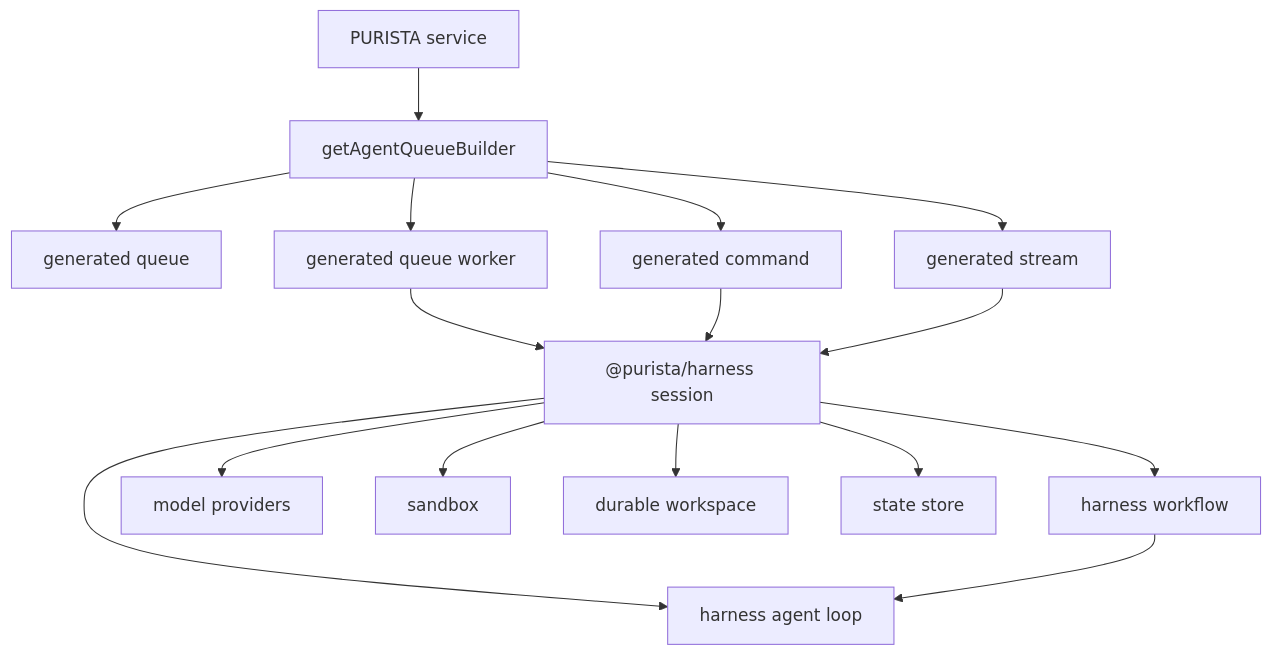
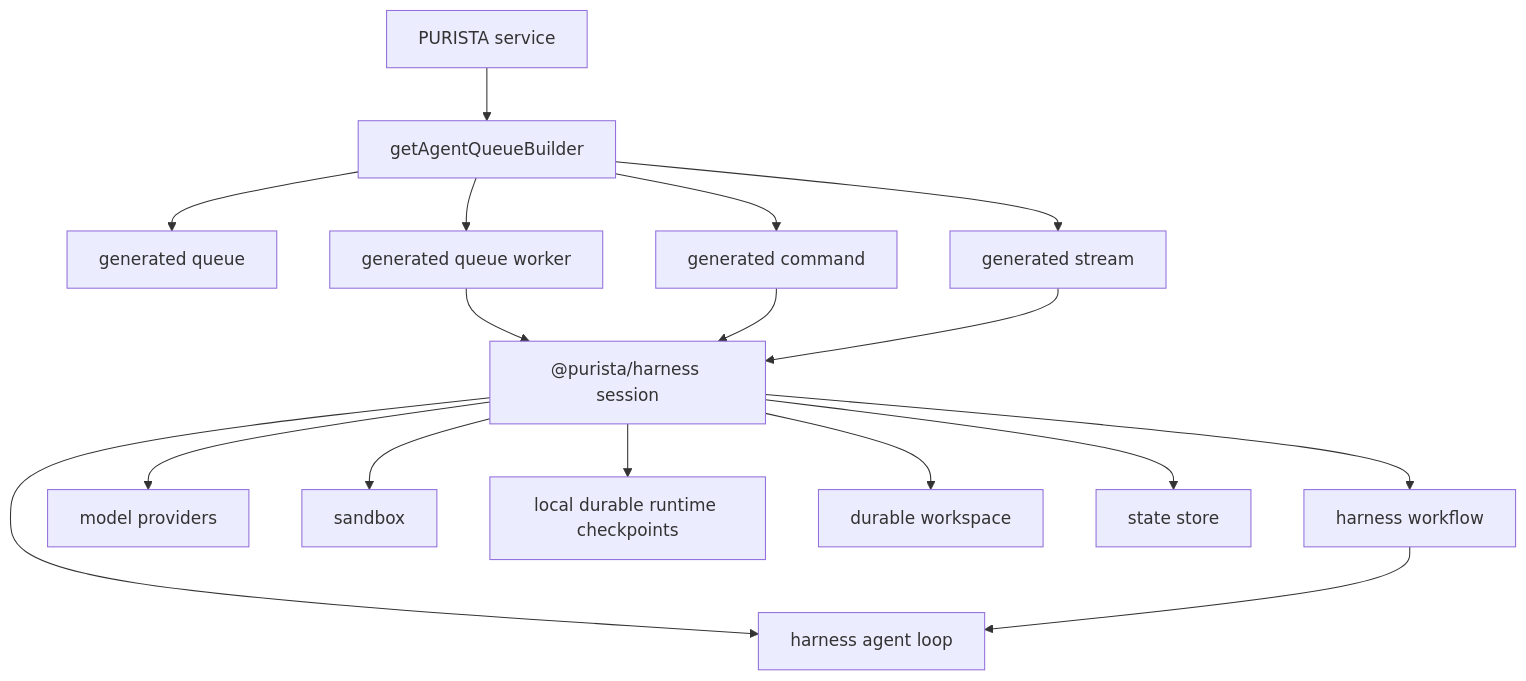
Before and after one commit to puristajs/purista: the diagram in web/src/content/handbook/2_building_business-logic/ai/index.md, drawn with Mermaid. The commit also changed other lines of this file and 87 other files, not shown here.

````diff
--- a/web/src/content/handbook/2_building_business-logic/ai/index.md
+++ b/web/src/content/handbook/2_building_business-logic/ai/index.md
@@ -48,18 +48,19 @@
 ```mermaid
 flowchart TD
   Service["PURISTA service"] --> AgentBuilder["getAgentQueueBuilder"]
   AgentBuilder --> Queue["generated queue"]
   AgentBuilder --> Worker["generated queue worker"]
   AgentBuilder --> Command["generated command"]
   AgentBuilder --> Stream["generated stream"]
   Worker --> Harness["@purista/harness session"]
   Command --> Harness
   Stream --> Harness
   Harness --> InnerAgent["harness agent loop"]
   Harness --> InnerWorkflow["harness workflow"]
   InnerWorkflow --> InnerAgent
   Harness --> Models["model providers"]
   Harness --> Sandbox["sandbox"]
+  Harness --> Runtime["local durable runtime checkpoints"]
   Harness --> Workspace["durable workspace"]
   Harness --> State["state store"]
 ```
````
